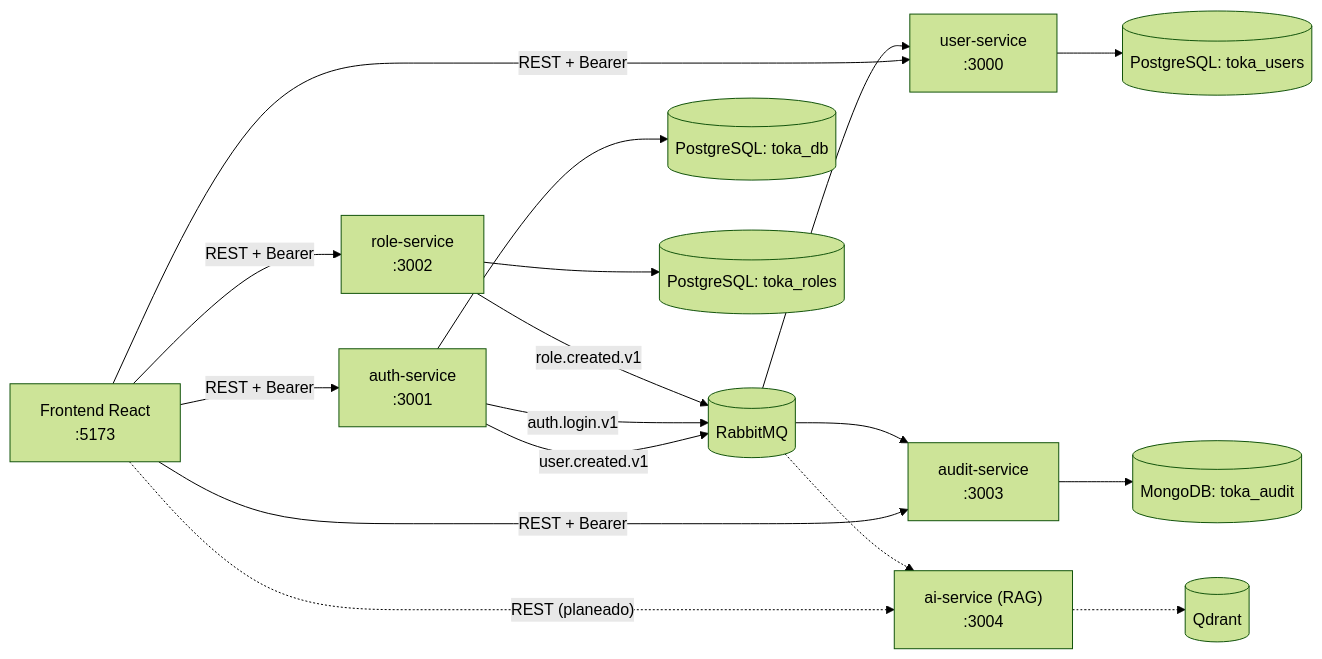
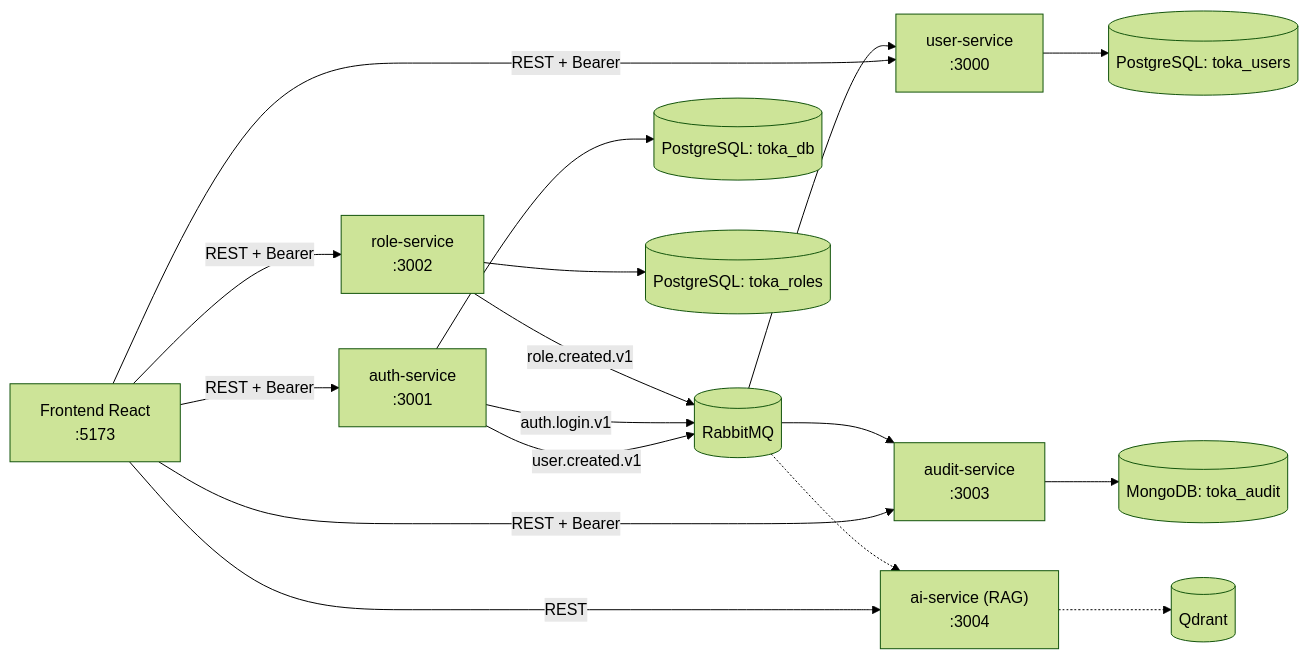
The diagram in README.md (eduardo343/toka-technical-test-), drawn with Mermaid (forest theme) before and after one commit. The commit also changed other lines of this file and 50 other files, not shown here.

First line of the commit message:
feat(ai): integrar ai-service RAG y conectarlo al ecosistema

````diff
--- a/README.md
+++ b/README.md
@@ -38,22 +38,22 @@
 ```mermaid
 flowchart LR
   FE["Frontend React\n:5173"] -->|"REST + Bearer"| AUTH["auth-service\n:3001"]
   FE -->|"REST + Bearer"| USER["user-service\n:3000"]
   FE -->|"REST + Bearer"| ROLE["role-service\n:3002"]
   FE -->|"REST + Bearer"| AUDIT["audit-service\n:3003"]
-  FE -.->|"REST (planeado)"| AI["ai-service (RAG)\n:3004"]
+  FE -->|"REST"| AI["ai-service (RAG)\n:3004"]
 
   AUTH -->|"user.created.v1"| RMQ[(RabbitMQ)]
   AUTH -->|"auth.login.v1"| RMQ
   ROLE -->|"role.created.v1"| RMQ
 
   RMQ --> USER
   RMQ --> AUDIT
   RMQ -.-> AI
 
   AUTH --> PG[(PostgreSQL: toka_db)]
   USER --> PGU[(PostgreSQL: toka_users)]
   ROLE --> PGR[(PostgreSQL: toka_roles)]
   AUDIT --> MONGO[(MongoDB: toka_audit)]
   AI -.-> QDR[(Qdrant)]
 ```
````
